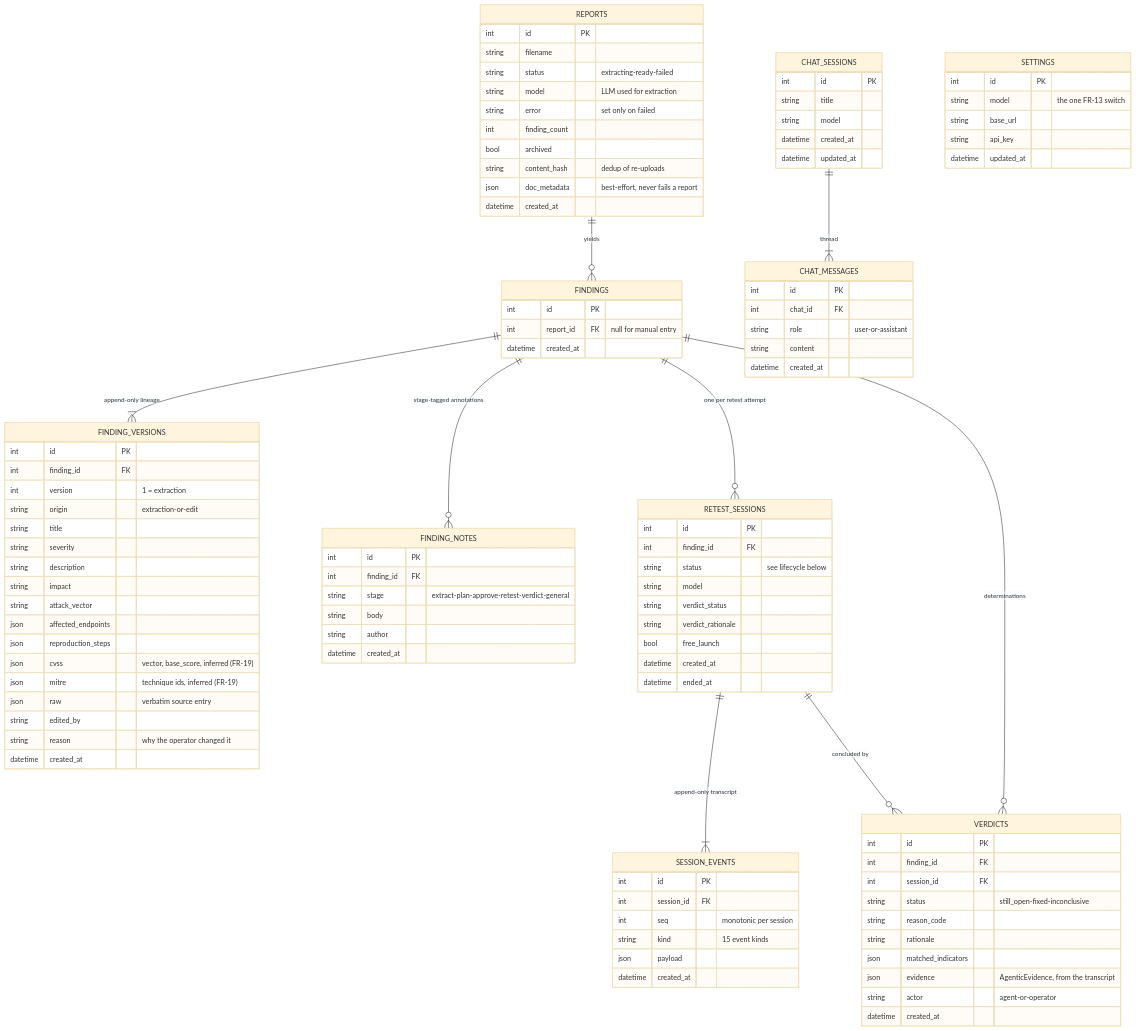
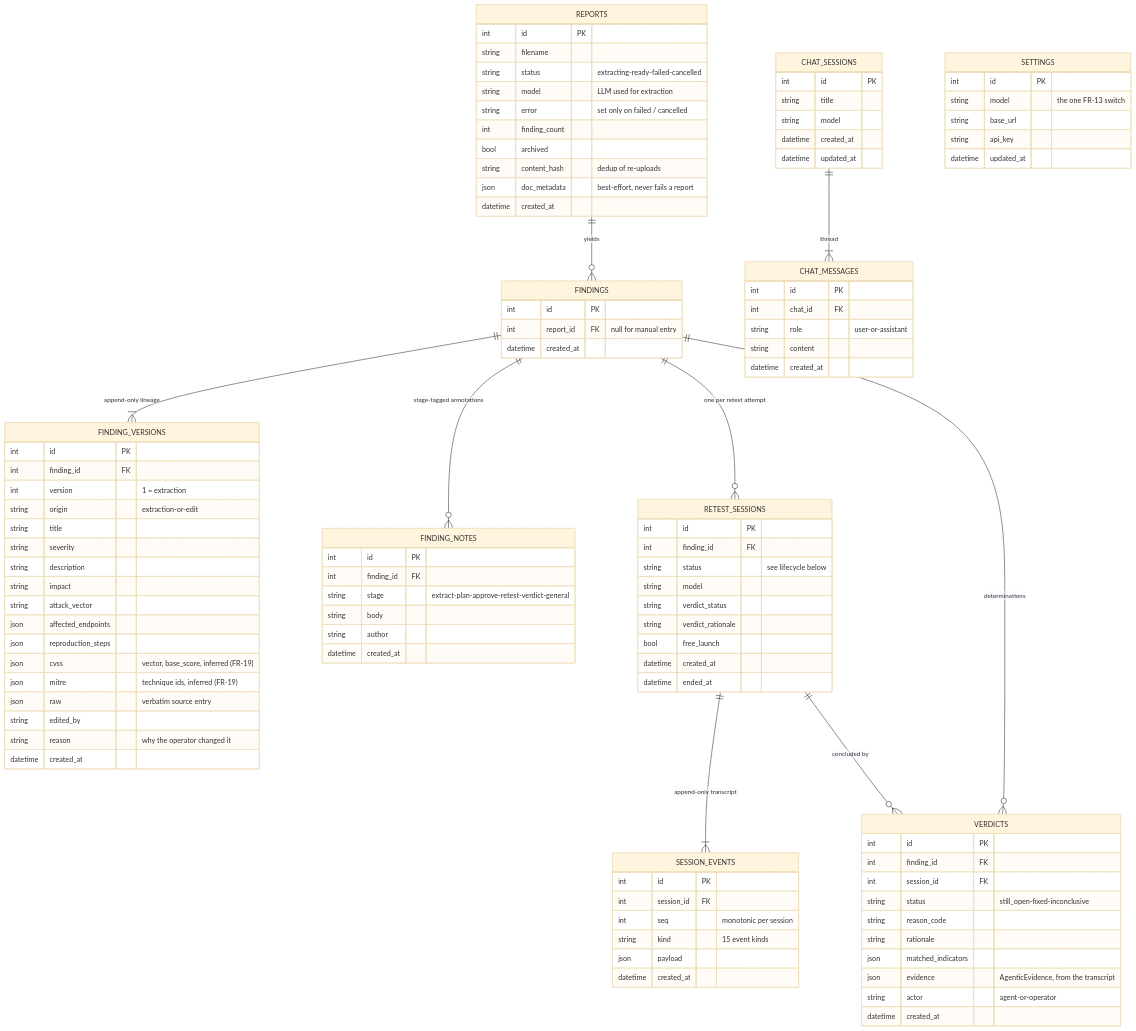
One commit to SelfishCoconut/revalid changed the first of 5 diagrams in docs/architecture/data-model.md. Above: the diagram before and after it, drawn with Mermaid (base theme). The commit also changed other lines of this file and 23 other files, not shown here.

```diff
--- a/docs/architecture/data-model.md
+++ b/docs/architecture/data-model.md
@@ -26,9 +26,9 @@
     REPORTS {
         int id PK
         string filename
-        string status "extracting-ready-failed"
+        string status "extracting-ready-failed-cancelled"
         string model "LLM used for extraction"
-        string error "set only on failed"
+        string error "set only on failed / cancelled"
         int finding_count
         bool archived
         string content_hash "dedup of re-uploads"
```
